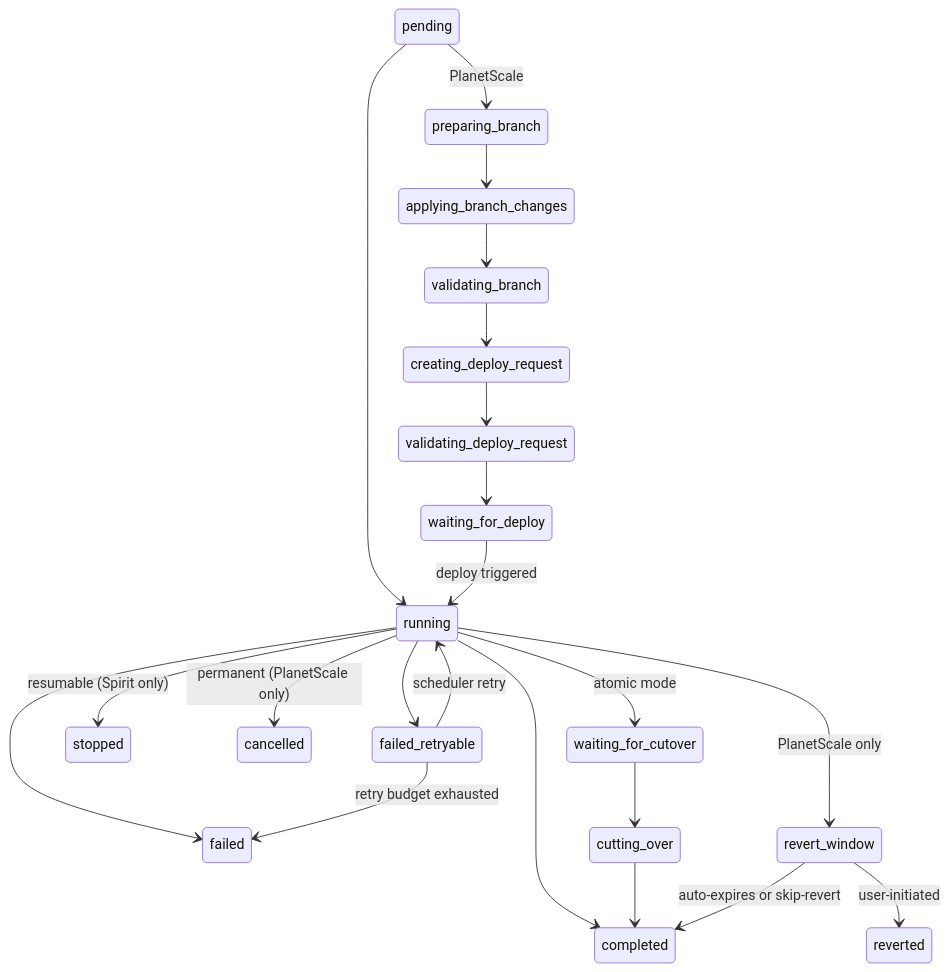
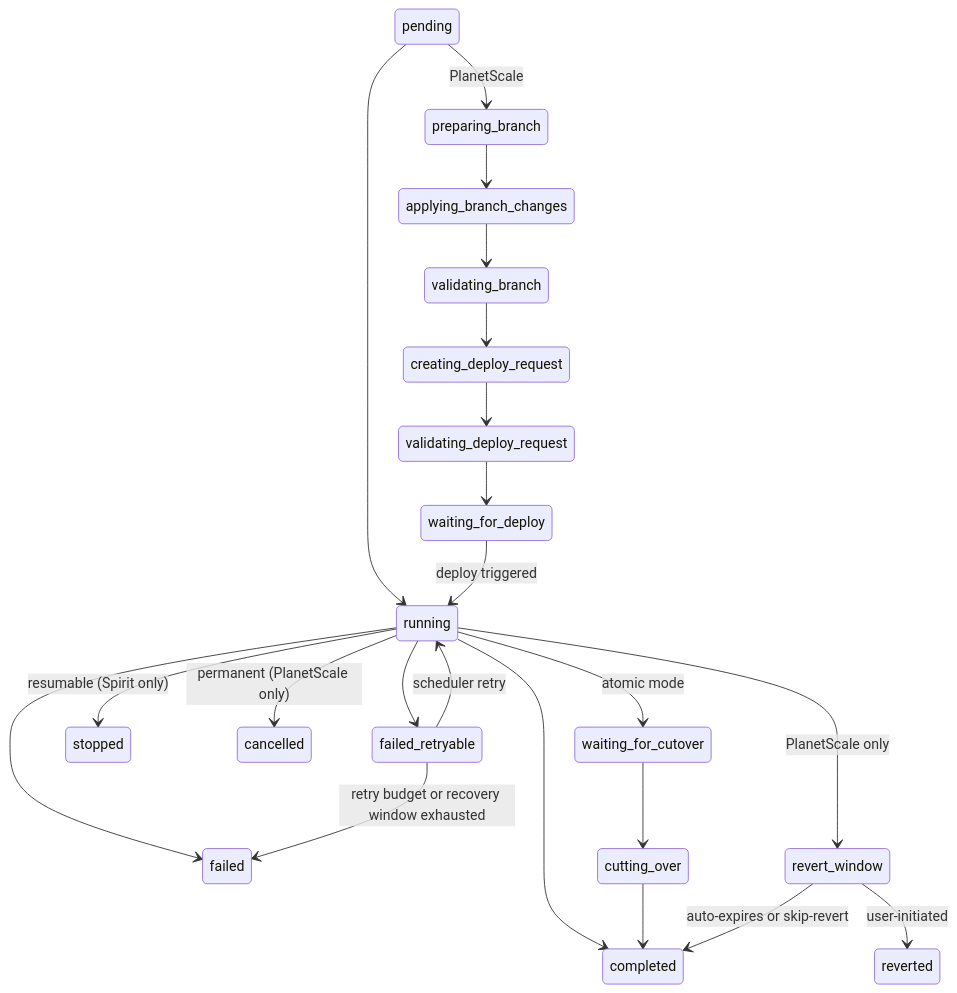
Before and after one commit to block/schemabot: the first of 3 diagrams in pkg/state/README.md, drawn with Mermaid. The commit also changed 6 other files, not shown here.

Commit message:
feat(scheduler): cap retryable recovery freshness

````diff
--- a/pkg/state/README.md
+++ b/pkg/state/README.md
@@ -36,26 +36,26 @@
 ```mermaid
 stateDiagram-v2
     pending --> running
     pending --> preparing_branch : PlanetScale
     preparing_branch --> applying_branch_changes
     applying_branch_changes --> validating_branch
     validating_branch --> creating_deploy_request
     creating_deploy_request --> validating_deploy_request
     validating_deploy_request --> waiting_for_deploy
     waiting_for_deploy --> running : deploy triggered
     running --> completed
     running --> failed
     running --> failed_retryable
     running --> stopped : resumable (Spirit only)
     running --> cancelled : permanent (PlanetScale only)
     running --> waiting_for_cutover : atomic mode
     running --> revert_window : PlanetScale only
     failed_retryable --> running : scheduler retry
-    failed_retryable --> failed : retry budget exhausted
+    failed_retryable --> failed : retry budget or recovery window exhausted
 
     waiting_for_cutover --> cutting_over
     cutting_over --> completed
 
     revert_window --> completed : auto-expires or skip-revert
     revert_window --> reverted : user-initiated
 ```
````
